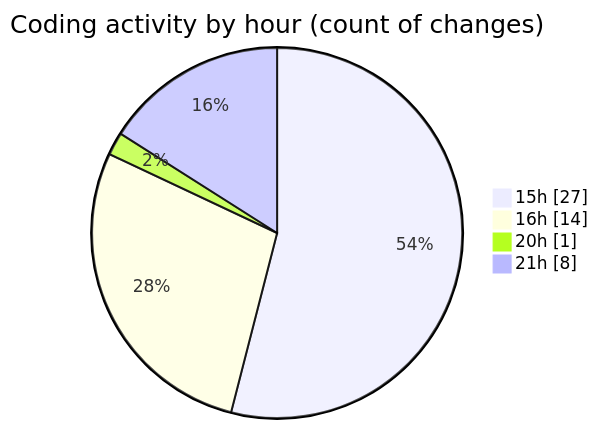
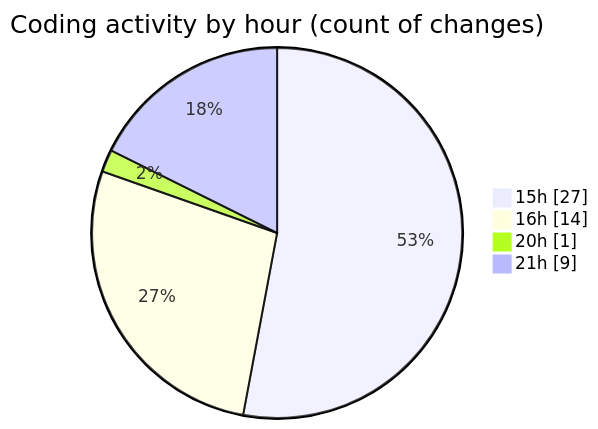
The second of 2 diagrams in 2025-06-06/sewa-mobil/README.md (idhammustaqopulfikri/code-tracking), drawn with Mermaid before and after one commit. The commit also changed other lines of this file and 1 other file, not shown here.

````diff
--- a/2025-06-06/sewa-mobil/README.md
+++ b/2025-06-06/sewa-mobil/README.md
@@ -43,8 +43,8 @@
 ```mermaid
 pie showData
 title Coding activity by hour (count of changes)
 "15h" : 27
 "16h" : 14
 "20h" : 1
-"21h" : 8
+"21h" : 9
 ```
````
